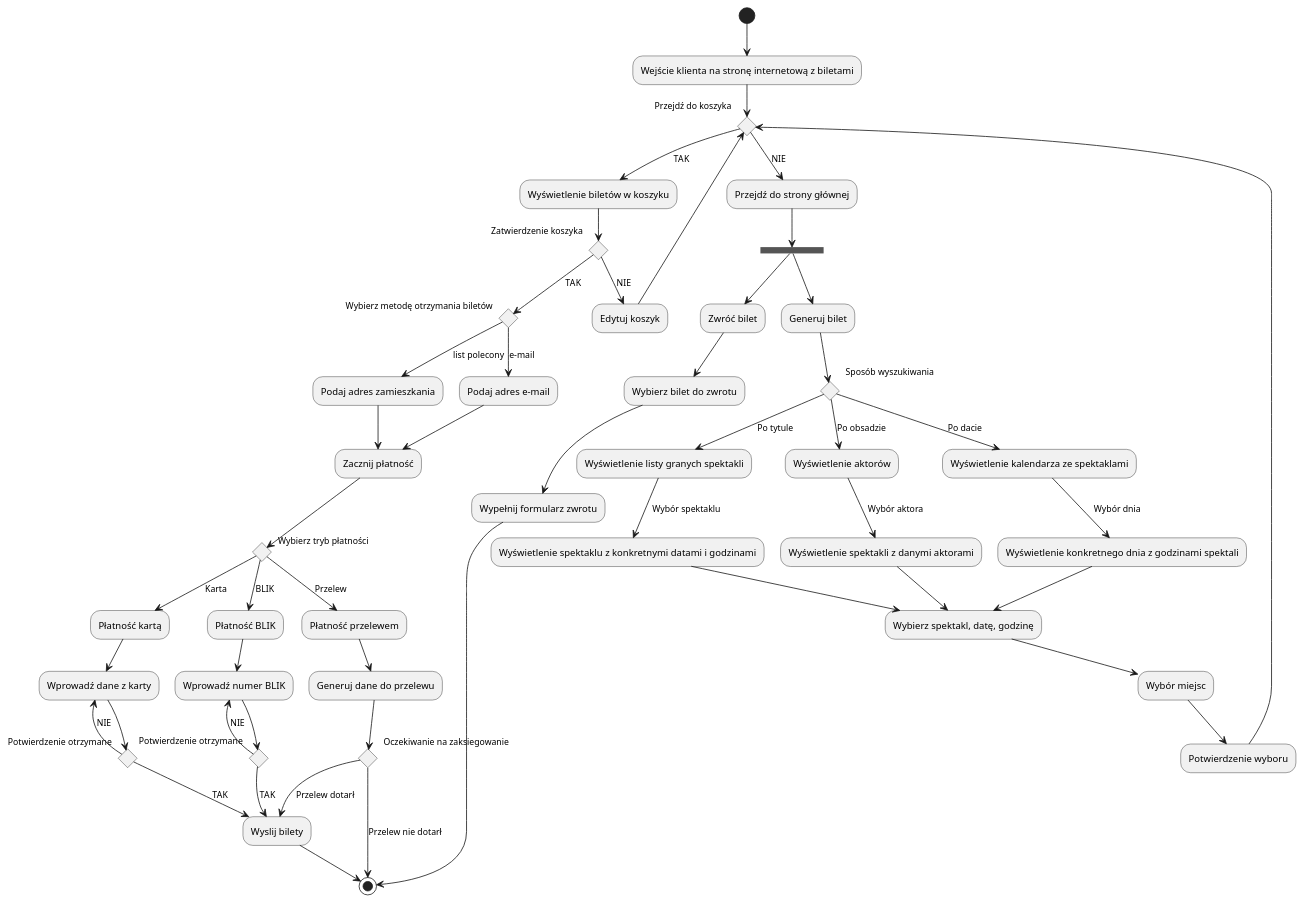
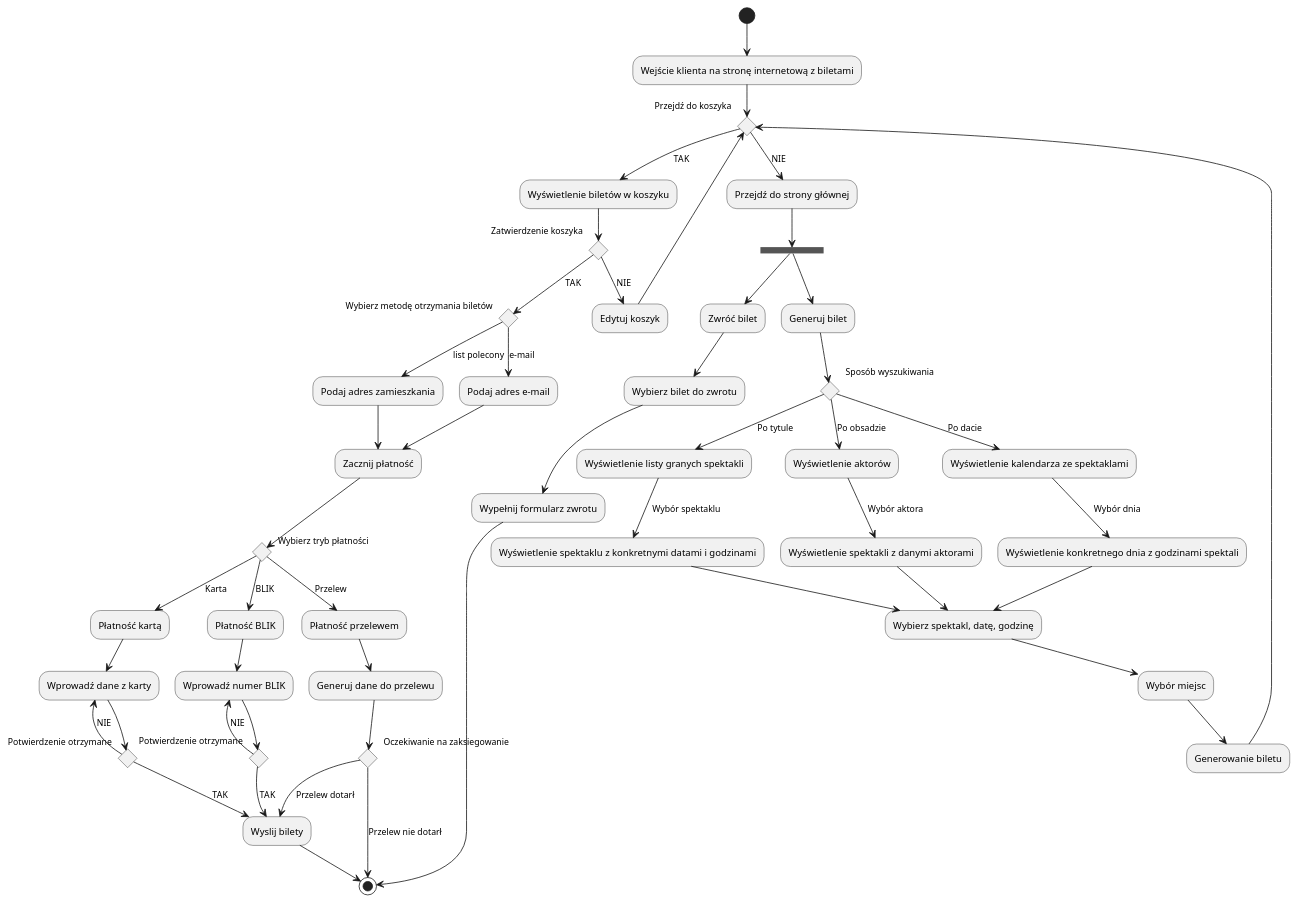
Before and after one commit to c4mp3r9/obiektowe: the diagram in activity_diagram.plantuml, drawn with PlantUML.

Commit message:
generuj bilet fix

```diff
--- a/activity_diagram.plantuml
+++ b/activity_diagram.plantuml
@@ -1,78 +1,78 @@
 @startuml ActivityDiagram
 
 (*) --> "Wejście klienta na stronę internetową z biletami"
 if "Przejdź do koszyka" as if1 then 
   --> [TAK] "Wyświetlenie biletów w koszyku"
   --> if "Zatwierdzenie koszyka" as if2 then
     --> [TAK] if "Wybierz metodę otrzymania biletów" as if5 then
       --> [e-mail] "Podaj adres e-mail"
       --> "Zacznij płatność"
     else
       --> [list polecony] "Podaj adres zamieszkania"
       --> "Zacznij płatność"
     endif
     --> if "Wybierz tryb płatności" as if3 then
       --> [Karta] "Płatność kartą"
       --> "Wprowadź dane z karty"
       --> if "Potwierdzenie otrzymane" as if8 then
         --> [TAK] "Wyslij bilety"
         else
         --> [NIE] "Wprowadź dane z karty"
       endif
       else 
       --> [Przelew] "Płatność przelewem"
       --> "Generuj dane do przelewu"
       --> if "Oczekiwanie na zaksiegowanie" as if7 then
         --> [Przelew dotarł] "Wyslij bilety"
       else
         --> [Przelew nie dotarł] (*)
       endif
       else
       --> [BLIK] "Płatność BLIK"
       --> "Wprowadź numer BLIK"
       
       --> if "Potwierdzenie otrzymane" as if4 then
         --> [TAK] "Wyslij bilety"
         --> (*)
         else
         --> [NIE] "Wprowadź numer BLIK"
       endif
     endif
   
   else 
     --> [NIE] "Edytuj koszyk"
     --> if1
   endif
   
 
 
 else 
   --> [NIE] "Przejdź do strony głównej"
   --> === B1 ===
   === B1 === --> "Generuj bilet"
   --> if "Sposób wyszukiwania" as if6 then 
     --> [Po dacie] "Wyświetlenie kalendarza ze spektaklami"
     --> [Wybór dnia] "Wyświetlenie konkretnego dnia z godzinami spektali"
     --> "Wybierz spektakl, datę, godzinę"
   else
     --> [Po tytule] "Wyświetlenie listy granych spektakli"
     --> [Wybór spektaklu] "Wyświetlenie spektaklu z konkretnymi datami i godzinami"
     --> "Wybierz spektakl, datę, godzinę"
   else
     --> [Po obsadzie] "Wyświetlenie aktorów"
     --> [Wybór aktora] "Wyświetlenie spektakli z danymi aktorami"
     --> "Wybierz spektakl, datę, godzinę"
   endif
 
 
   --> "Wybór miejsc"
-  --> "Potwierdzenie wyboru"
+  --> "Generowanie biletu"
   --> if1
 
   === B1 === --> "Zwróć bilet"
   --> "Wybierz bilet do zwrotu"
   --> "Wypełnij formularz zwrotu"
   --> (*)
 endif
 
 @enduml
```
